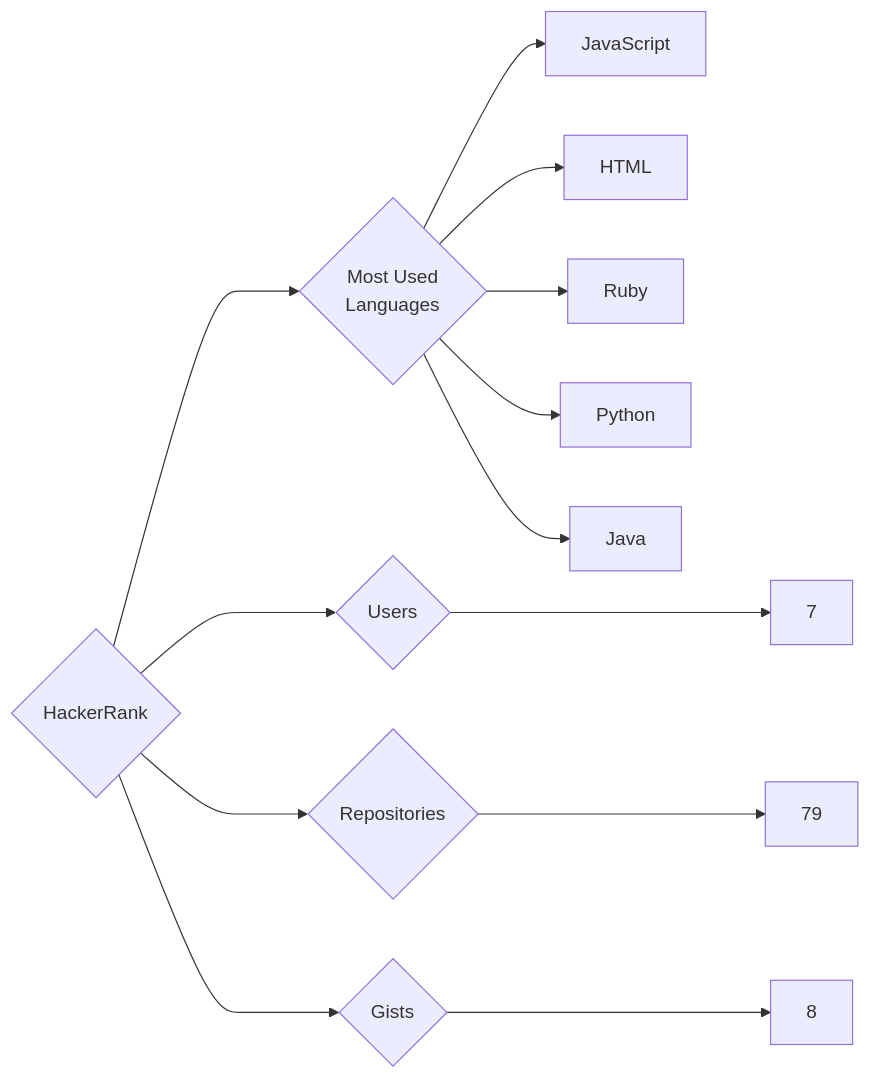
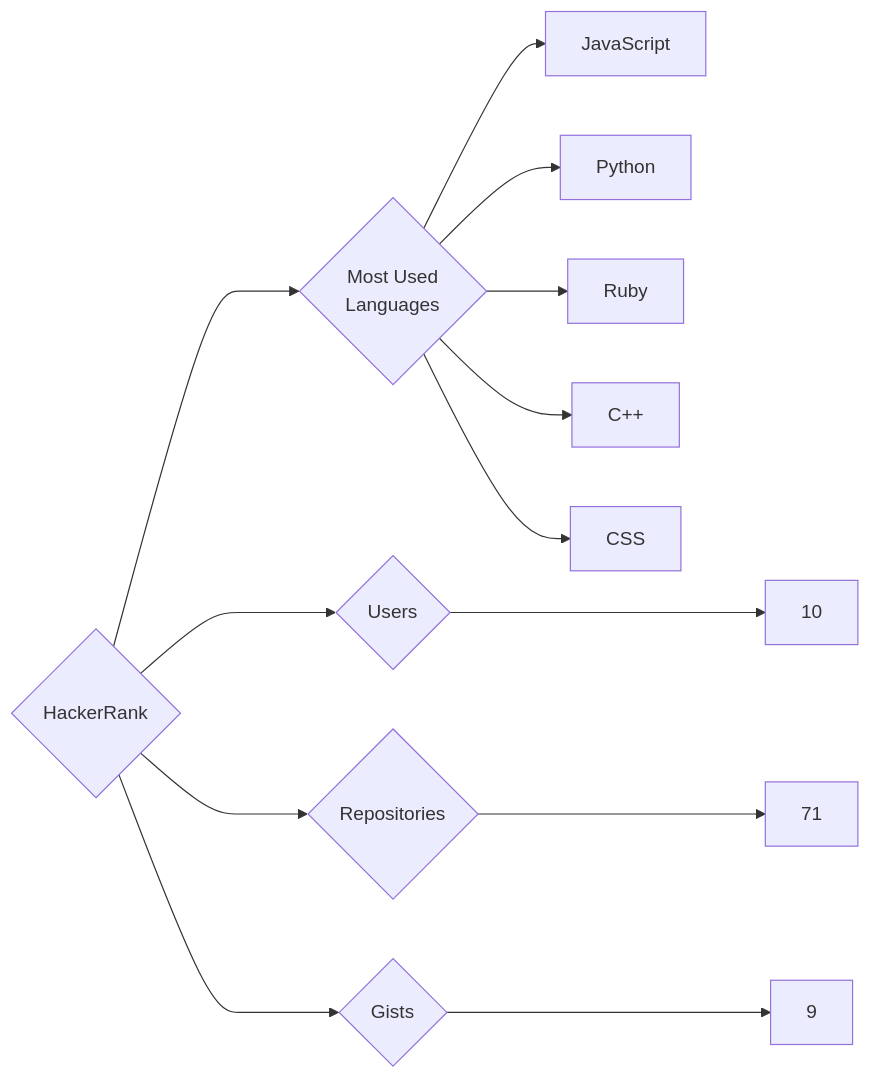
One commit to trickest/insiders changed the diagram in targets/HackerRank/README.md. Above: the diagram before and after it, drawn with Mermaid. The commit also changed 969 other files, not shown here.

````diff
--- a/targets/HackerRank/README.md
+++ b/targets/HackerRank/README.md
@@ -3,13 +3,13 @@
 ```mermaid
 graph LR
 COMPANY_NAME{HackerRank}
-COMPANY_NAME ---> U{Users} ---> UN[7]
-COMPANY_NAME ---> R{Repositories} ---> RN[79]
-COMPANY_NAME ---> G{Gists} ---> GN[8]
+COMPANY_NAME ---> U{Users} ---> UN[10]
+COMPANY_NAME ---> R{Repositories} ---> RN[71]
+COMPANY_NAME ---> G{Gists} ---> GN[9]
 COMPANY_NAME ---> ML{Most Used<br>Languages}
 ML --> JavaScript[JavaScript]
-ML --> HTML[HTML]
+ML --> Python[Python]
 ML --> Ruby[Ruby]
-ML --> Python[Python]
-ML --> Java[Java]
+ML --> C++[C++]
+ML --> CSS[CSS]
 ```
````
